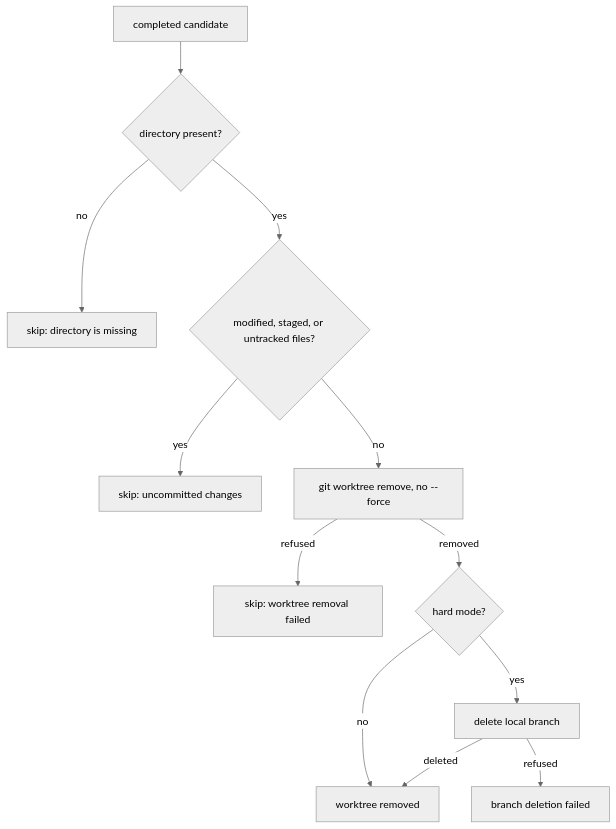
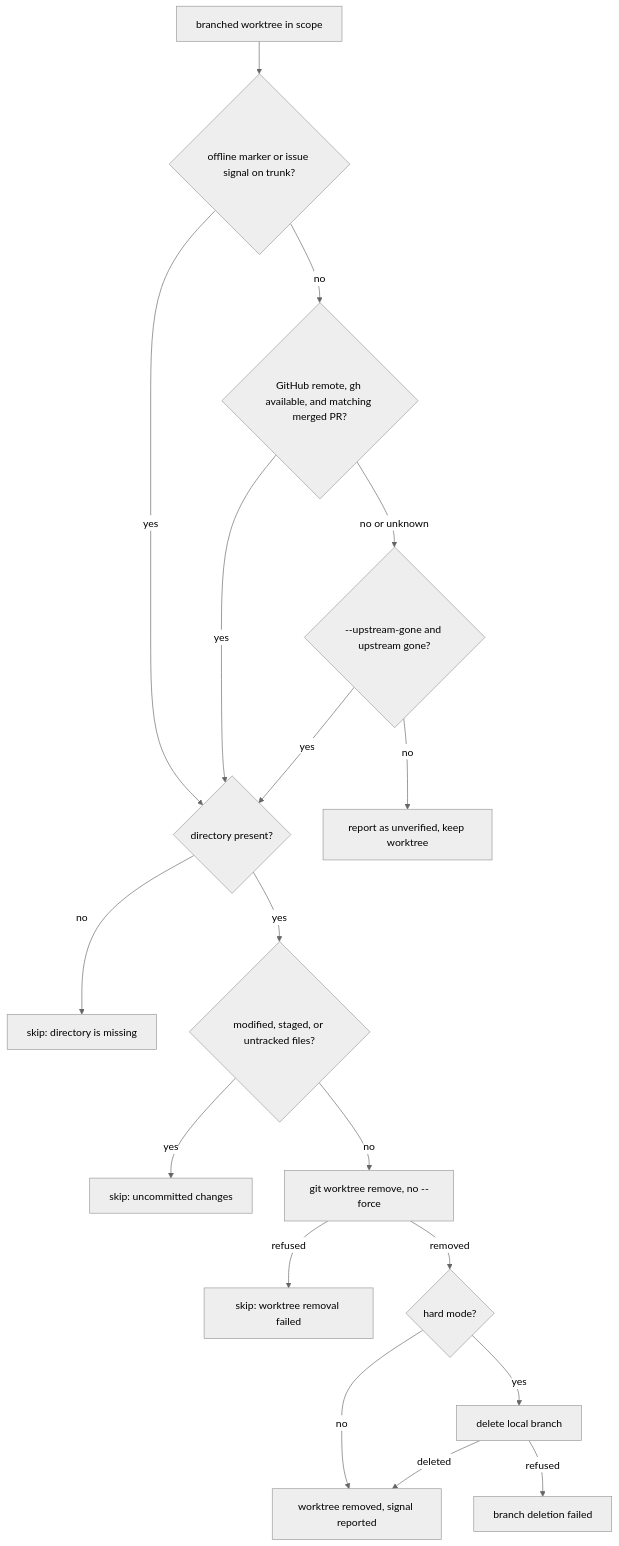
One commit to leynos/git-donkey changed the diagram in docs/plonk-cleanup-policy.md. Above: the diagram before and after it, drawn with Mermaid (neutral theme). The commit also changed other lines of this file and 6 other files, not shown here.

````diff
--- a/docs/plonk-cleanup-policy.md
+++ b/docs/plonk-cleanup-policy.md
@@ -9,14 +11,20 @@
 ```mermaid
 flowchart TD
-    Start["completed candidate"] --> Present{"directory present?"}
+    Start["branched worktree in scope"] --> Offline{"offline marker or issue signal on trunk?"}
+    Offline -->|yes| Present{"directory present?"}
+    Offline -->|no| GitHub{"GitHub remote, gh available, and matching merged PR?"}
+    GitHub -->|yes| Present
+    GitHub -->|no or unknown| Upstream{"--upstream-gone and upstream gone?"}
+    Upstream -->|yes| Present
+    Upstream -->|no| Unverified["report as unverified, keep worktree"]
     Present -->|no| SkipMissing["skip: directory is missing"]
     Present -->|yes| Dirty{"modified, staged, or untracked files?"}
     Dirty -->|yes| SkipDirty["skip: uncommitted changes"]
     Dirty -->|no| Remove["git worktree remove, no --force"]
     Remove -->|refused| SkipFailed["skip: worktree removal failed"]
     Remove -->|removed| Mode{"hard mode?"}
-    Mode -->|no| Done["worktree removed"]
+    Mode -->|no| Done["worktree removed, signal reported"]
     Mode -->|yes| Delete["delete local branch"]
     Delete -->|deleted| Done
     Delete -->|refused| ReportFailed["branch deletion failed"]
 ```
````
